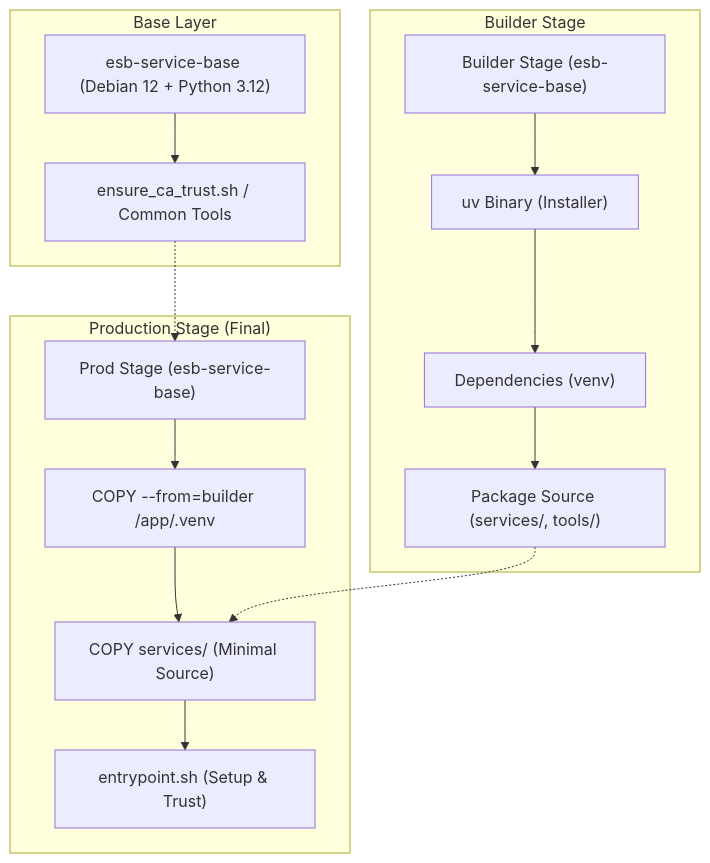
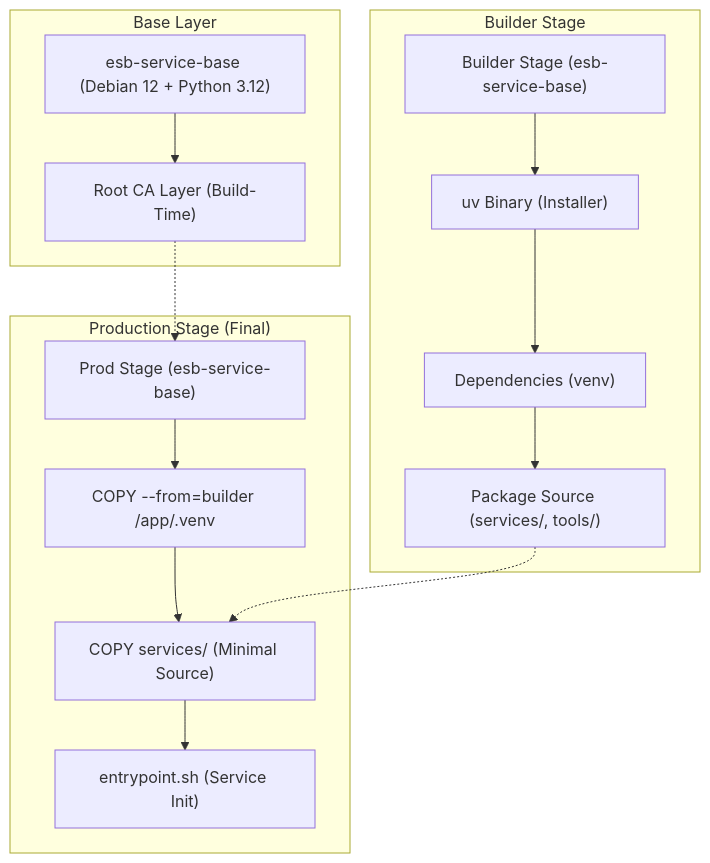
Before and after one commit to poruru-code/esb: the diagram in docs/docker-architecture.md, drawn with Mermaid. The commit also changed other lines of this file and 25 other files, not shown here.

````diff
--- a/docs/docker-architecture.md
+++ b/docs/docker-architecture.md
@@ -33,33 +33,33 @@
 ```mermaid
 graph TD
     subgraph "Base Layer"
         BASE["esb-service-base (Debian 12 + Python 3.12)"]
-        TRUST["ensure_ca_trust.sh / Common Tools"]
+        TRUST["Root CA Layer (Build-Time)"]
         BASE --> TRUST
     end
 
     subgraph "Builder Stage"
         BUILD["Builder Stage (esb-service-base)"]
         UV["uv Binary (Installer)"]
         DEPS["Dependencies (venv)"]
         SRC["Package Source (services/, tools/)"]
         
         BUILD --> UV
         UV --> DEPS
         DEPS --> SRC
     end
 
     subgraph "Production Stage (Final)"
         PROD["Prod Stage (esb-service-base)"]
         COPY_VENV["COPY --from=builder /app/.venv"]
         COPY_APP["COPY services/ (Minimal Source)"]
-        ENTRY["entrypoint.sh (Setup & Trust)"]
+        ENTRY["entrypoint.sh (Service Init)"]
         
         PROD --> COPY_VENV
         COPY_VENV --> COPY_APP
         COPY_APP --> ENTRY
     end
 
     TRUST -.-> PROD
     SRC -.-> COPY_APP
 ```
````
